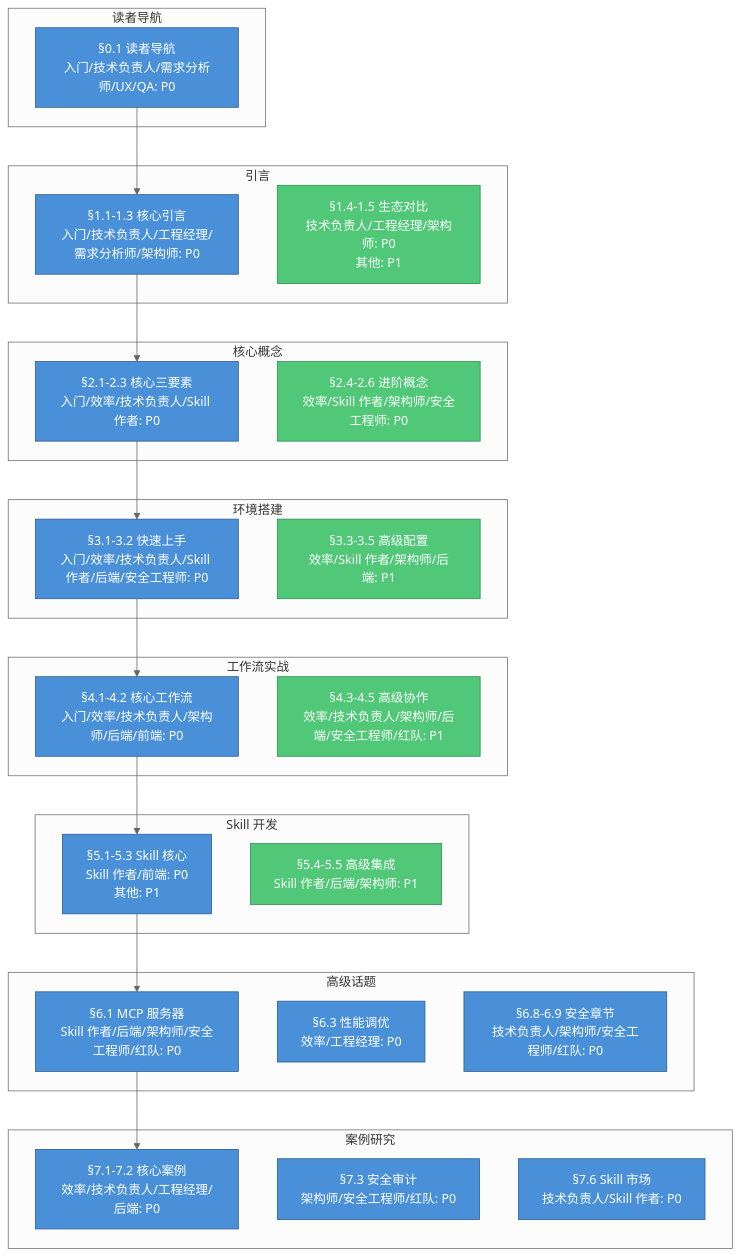
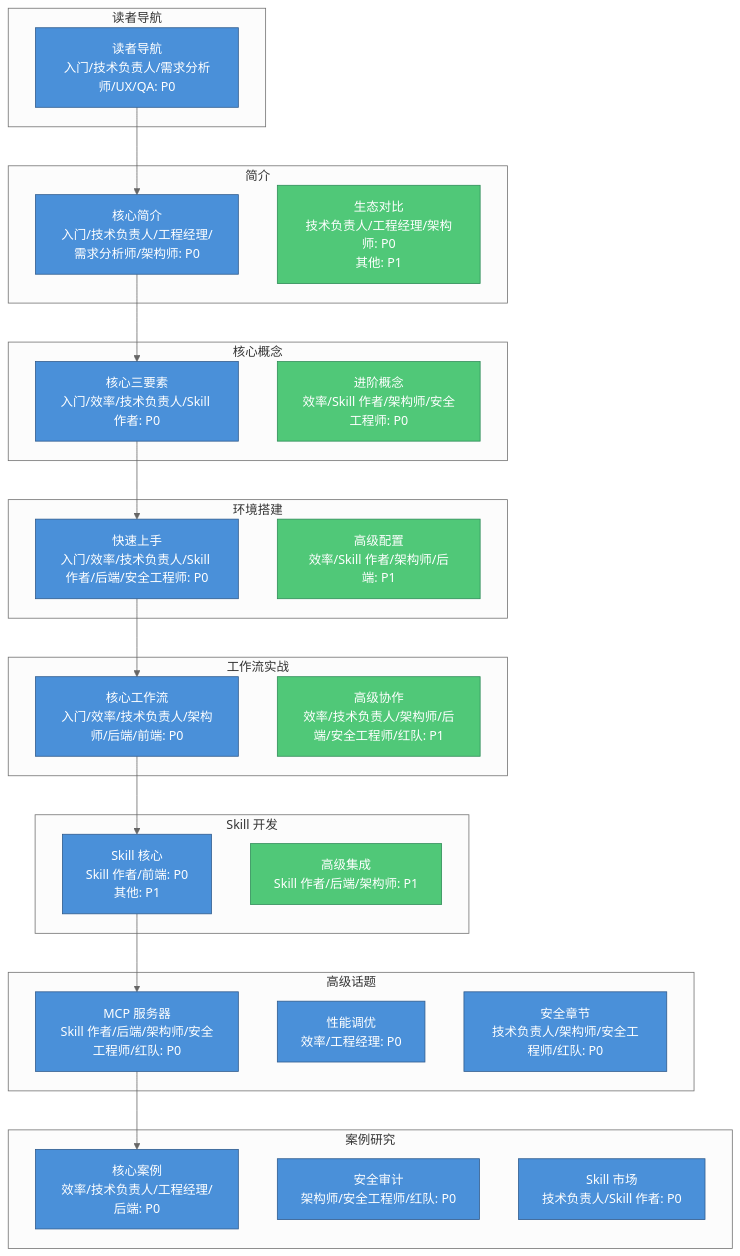
Before and after one commit to tonydeng/harness-engineering-from-oc-to-ai-coding: the third of 6 diagrams in src/00-guide/README.md, drawn with Mermaid (neutral theme). The commit also changed other lines of this file and 76 other files, not shown here.

````diff
--- a/src/00-guide/README.md
+++ b/src/00-guide/README.md
@@ -138,58 +138,58 @@
 ```mermaid
 graph TB
     subgraph Ch0["读者导航"]
-        C0_1["§0.1 读者导航<br/>入门/技术负责人/需求分析师/UX/QA: P0"]
+        C0_1["读者导航<br/>入门/技术负责人/需求分析师/UX/QA: P0"]
     end
 
-    subgraph Ch1["引言"]
-        C1_1["§1.1-1.3 核心引言<br/>入门/技术负责人/工程经理/需求分析师/架构师: P0"]
-        C1_2["§1.4-1.5 生态对比<br/>技术负责人/工程经理/架构师: P0<br/>其他: P1"]
+    subgraph Ch1["简介"]
+        C1_1["核心简介<br/>入门/技术负责人/工程经理/需求分析师/架构师: P0"]
+        C1_2["生态对比<br/>技术负责人/工程经理/架构师: P0<br/>其他: P1"]
     end
 
     subgraph Ch2["核心概念"]
-        C2_1["§2.1-2.3 核心三要素<br/>入门/效率/技术负责人/Skill 作者: P0"]
-        C2_2["§2.4-2.6 进阶概念<br/>效率/Skill 作者/架构师/安全工程师: P0"]
+        C2_1["核心三要素<br/>入门/效率/技术负责人/Skill 作者: P0"]
+        C2_2["进阶概念<br/>效率/Skill 作者/架构师/安全工程师: P0"]
     end
 
     subgraph Ch3["环境搭建"]
-        C3_1["§3.1-3.2 快速上手<br/>入门/效率/技术负责人/Skill 作者/后端/安全工程师: P0"]
-        C3_2["§3.3-3.5 高级配置<br/>效率/Skill 作者/架构师/后端: P1"]
+        C3_1["快速上手<br/>入门/效率/技术负责人/Skill 作者/后端/安全工程师: P0"]
+        C3_2["高级配置<br/>效率/Skill 作者/架构师/后端: P1"]
     end
 
     subgraph Ch4["工作流实战"]
-        C4_1["§4.1-4.2 核心工作流<br/>入门/效率/技术负责人/架构师/后端/前端: P0"]
-        C4_2["§4.3-4.5 高级协作<br/>效率/技术负责人/架构师/后端/安全工程师/红队: P1"]
+        C4_1["核心工作流<br/>入门/效率/技术负责人/架构师/后端/前端: P0"]
+        C4_2["高级协作<br/>效率/技术负责人/架构师/后端/安全工程师/红队: P1"]
     end
 
     subgraph Ch5["Skill 开发"]
-        C5_1["§5.1-5.3 Skill 核心<br/>Skill 作者/前端: P0<br/>其他: P1"]
-        C5_2["§5.4-5.5 高级集成<br/>Skill 作者/后端/架构师: P1"]
+        C5_1["Skill 核心<br/>Skill 作者/前端: P0<br/>其他: P1"]
+        C5_2["高级集成<br/>Skill 作者/后端/架构师: P1"]
     end
 
     subgraph Ch6["高级话题"]
-        C6_1["§6.1 MCP 服务器<br/>Skill 作者/后端/架构师/安全工程师/红队: P0"]
-        C6_2["§6.3 性能调优<br/>效率/工程经理: P0"]
-        C6_3["§6.8-6.9 安全章节<br/>技术负责人/架构师/安全工程师/红队: P0"]
+        C6_1["MCP 服务器<br/>Skill 作者/后端/架构师/安全工程师/红队: P0"]
+        C6_2["性能调优<br/>效率/工程经理: P0"]
+        C6_3["安全章节<br/>技术负责人/架构师/安全工程师/红队: P0"]
     end
 
     subgraph Ch7["案例研究"]
-        C7_1["§7.1-7.2 核心案例<br/>效率/技术负责人/工程经理/后端: P0"]
-        C7_2["§7.3 安全审计<br/>架构师/安全工程师/红队: P0"]
-        C7_3["§7.6 Skill 市场<br/>技术负责人/Skill 作者: P0"]
+        C7_1["核心案例<br/>效率/技术负责人/工程经理/后端: P0"]
+        C7_2["安全审计<br/>架构师/安全工程师/红队: P0"]
+        C7_3["Skill 市场<br/>技术负责人/Skill 作者: P0"]
     end
 
     C0_1 --> C1_1
     C1_1 --> C2_1
     C2_1 --> C3_1
     C3_1 --> C4_1
     C4_1 --> C5_1
     C5_1 --> C6_1
     C6_1 --> C7_1
 
     classDef p0 fill:#4A90D9,stroke:#2E5A8C,color:#fff
     classDef p1 fill:#50C878,stroke:#2E8B57,color:#fff
     classDef p2 fill:#FF9F43,stroke:#D35400,color:#fff
 
     class C0_1,C1_1,C2_1,C3_1,C4_1,C5_1,C6_1,C6_2,C6_3,C7_1,C7_2,C7_3 p0
     class C1_2,C2_2,C3_2,C4_2,C5_2 p1
 ```
````
